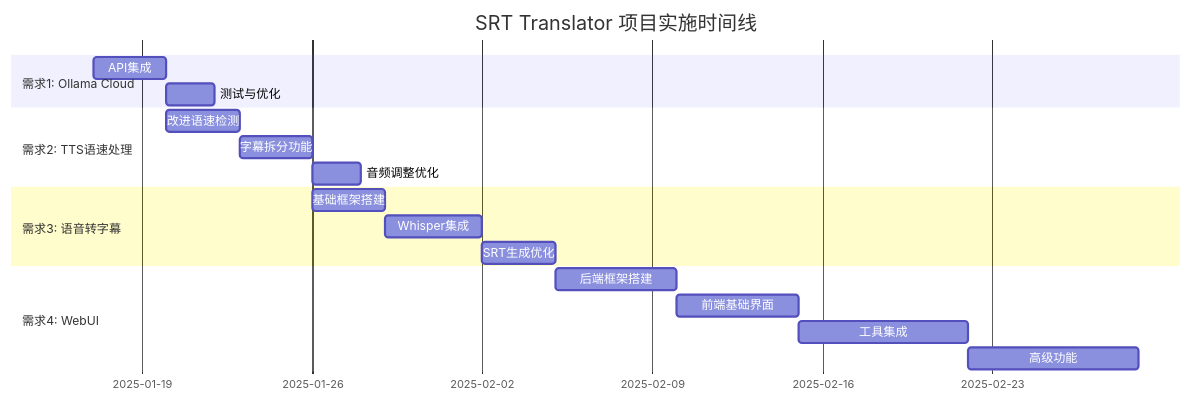
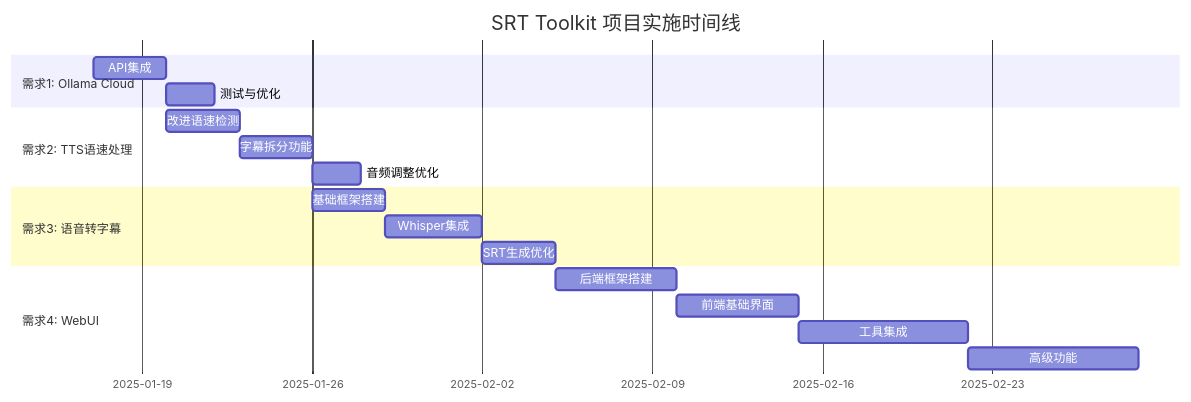
Before and after one commit to xiedidan/srt-toolkit: the diagram in technical_design.md, drawn with Mermaid. The commit also changed other lines of this file and 3 other files, not shown here.

Commit message:
Update project name from SRT Translator to SRT Toolkit

````diff
--- a/technical_design.md
+++ b/technical_design.md
@@ -274,24 +274,24 @@
 ```mermaid
 gantt
-    title SRT Translator 项目实施时间线
+    title SRT Toolkit 项目实施时间线
     dateFormat  YYYY-MM-DD
     section 需求1: Ollama Cloud
     API集成       :a1, 2025-01-17, 3d
     测试与优化    :a2, after a1, 2d
     
     section 需求2: TTS语速处理
     改进语速检测   :b1, 2025-01-20, 3d
     字幕拆分功能   :b2, after b1, 3d
     音频调整优化   :b3, after b2, 2d
     
     section 需求3: 语音转字幕
     基础框架搭建   :c1, 2025-01-26, 3d
     Whisper集成   :c2, after c1, 4d
     SRT生成优化    :c3, after c2, 3d
     
     section 需求4: WebUI
     后端框架搭建   :d1, 2025-02-05, 5d
     前端基础界面   :d2, after d1, 5d
     工具集成       :d3, after d2, 7d
     高级功能       :d4, after d3, 7d
 ```
````
